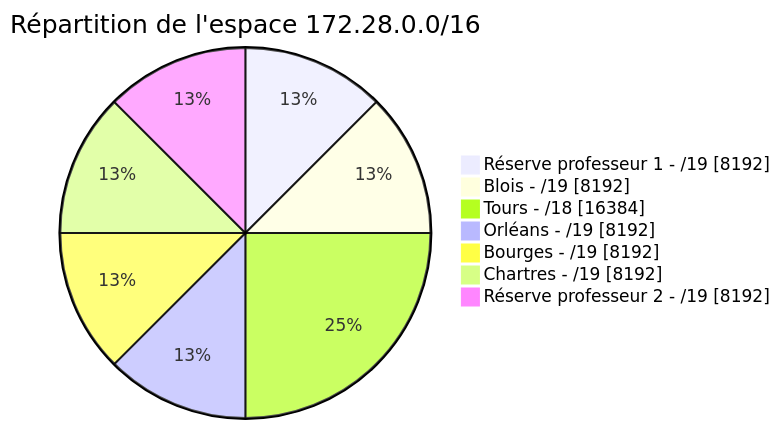
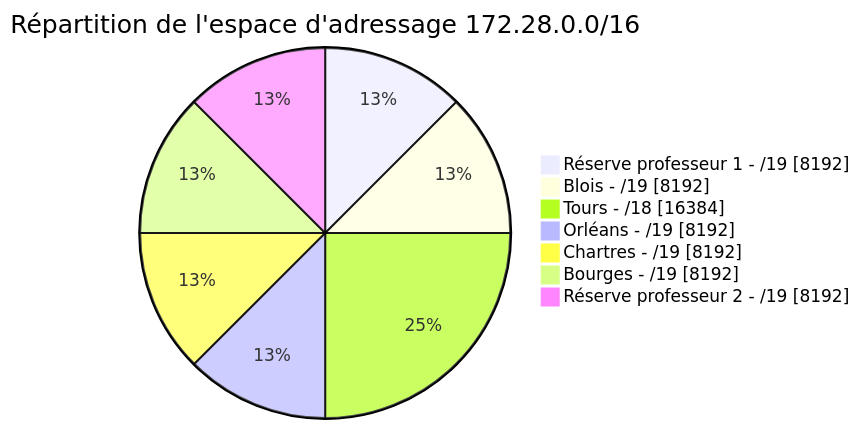
One commit to lmeryFulbert/SportLudique2026-2027 changed the first of 2 diagrams in docs/01-infrastructure/07-adressage-sites-2027.md. Above: the diagram before and after it, drawn with Mermaid. The commit also changed other lines of this file, not shown here.

Commit message:
inversion chartres-bourges

````diff
--- a/docs/01-infrastructure/07-adressage-sites-2027.md
+++ b/docs/01-infrastructure/07-adressage-sites-2027.md
@@ -79,11 +82,11 @@
 ```mermaid
 pie showData
-    title Répartition de l'espace 172.28.0.0/16
+    title Répartition de l'espace d'adressage 172.28.0.0/16
     "Réserve professeur 1 - /19" : 8192
     "Blois - /19" : 8192
     "Tours - /18" : 16384
     "Orléans - /19" : 8192
+    "Chartres - /19" : 8192
     "Bourges - /19" : 8192
-    "Chartres - /19" : 8192
     "Réserve professeur 2 - /19" : 8192
 ```
````
